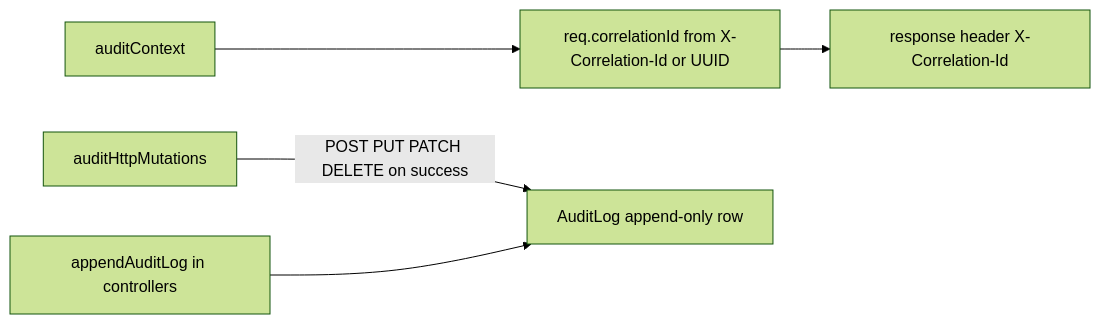
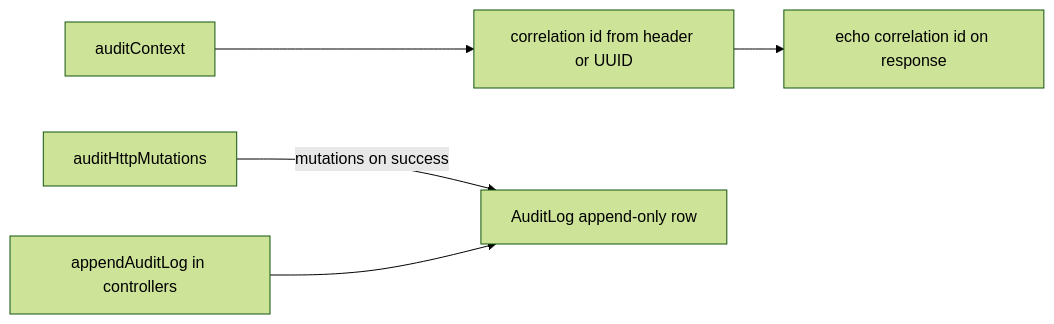
Before and after one commit to Amamer3/HRMS-backend: the eighth of 9 diagrams in README.md, drawn with Mermaid (forest theme). The commit also changed other lines of this file, not shown here.

Commit message:
Refactor README.md for clarity and consistency. Updated flowcharts to use concise labels, improved descriptions of components, and clarified the Docker setup. Enhanced the authentication flow diagram and added notes on token handling. Adjusted terminology for better understanding.

````diff
--- a/README.md
+++ b/README.md
@@ -297,7 +291,7 @@
 ```mermaid
 flowchart LR
-  AC[auditContext] --> CID["req.correlationId from X-Correlation-Id or UUID"]
-  CID --> HDR["response header X-Correlation-Id"]
-  MUT[auditHttpMutations] -->|"POST PUT PATCH DELETE on success"| AL[AuditLog append-only row]
+  AC[auditContext] --> CID[correlation id from header or UUID]
+  CID --> HDR[echo correlation id on response]
+  MUT[auditHttpMutations] -->|mutations on success| AL[AuditLog append-only row]
   MAN[appendAuditLog in controllers] --> AL
 ```
````
